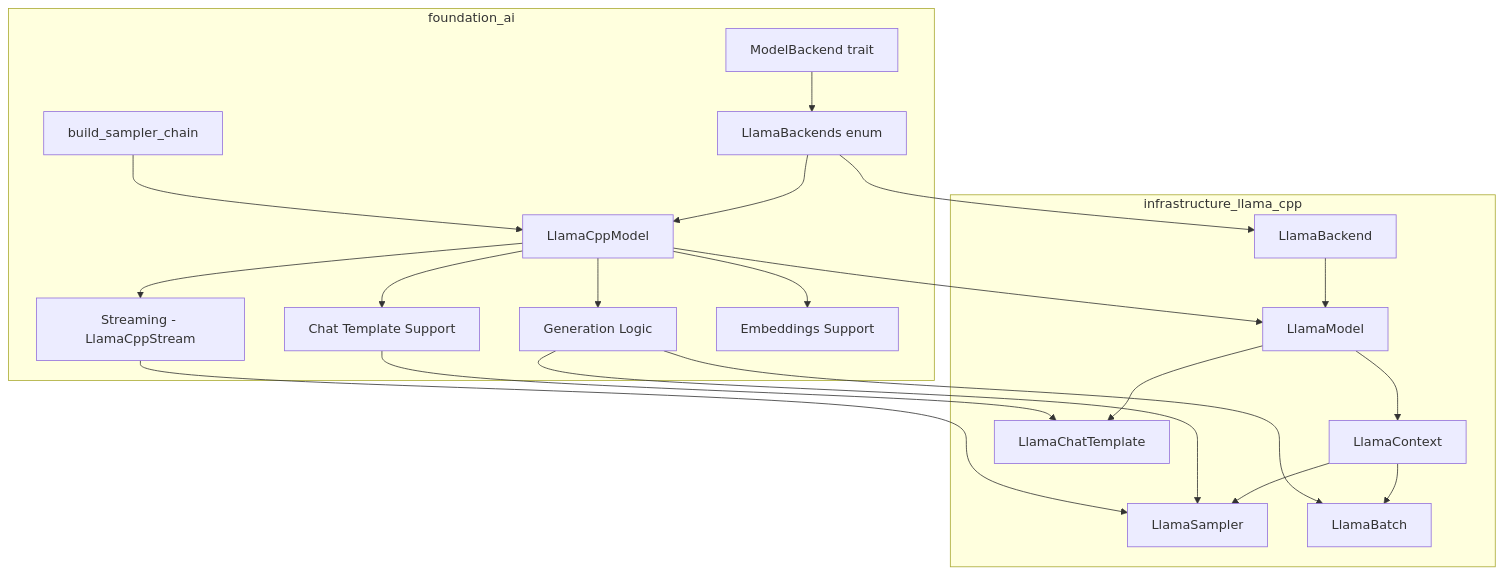
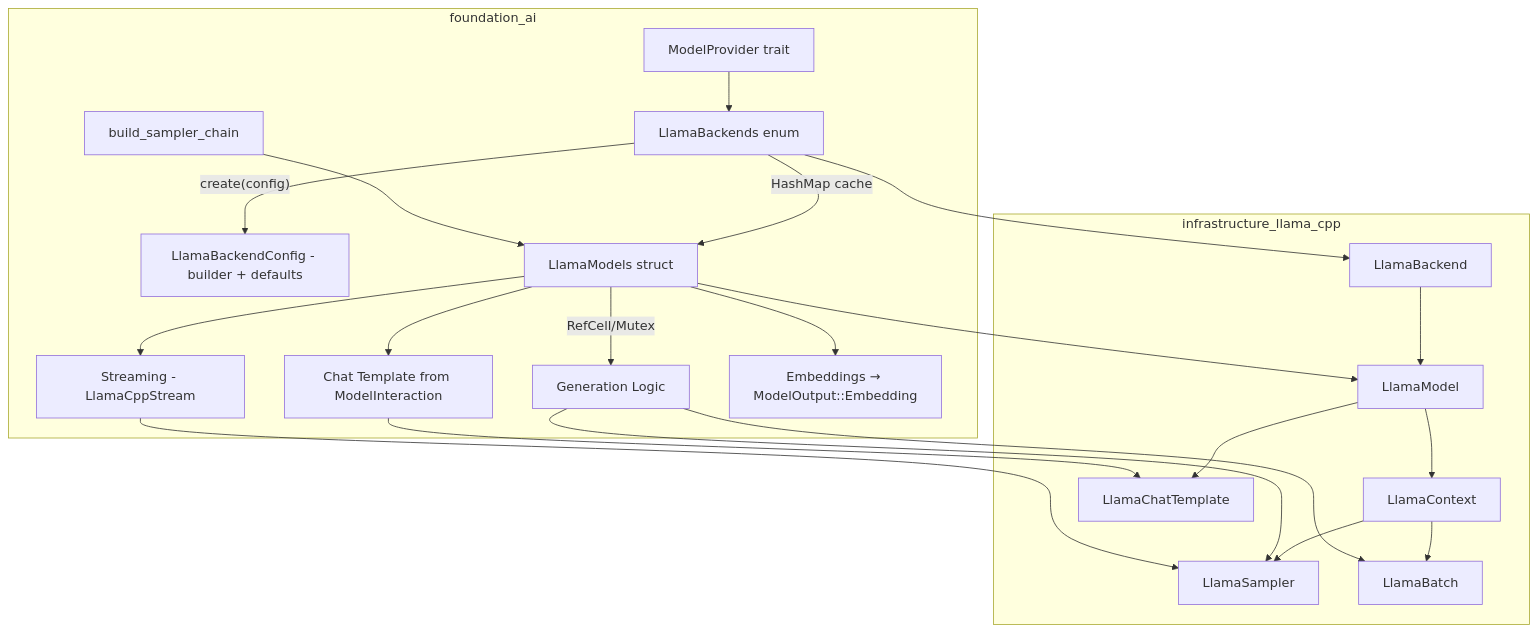
Before and after one commit to ewe-studios/ewe_platform: the first of 4 diagrams in specifications/07-foundation-ai/features/01-llamacpp-integration/feature.md, drawn with Mermaid. The commit also changed other lines of this file and 2 other files, not shown here.

````diff
--- a/specifications/07-foundation-ai/features/01-llamacpp-integration/feature.md
+++ b/specifications/07-foundation-ai/features/01-llamacpp-integration/feature.md
@@ -81,27 +92,28 @@
 ```mermaid
 graph TD
     subgraph foundation_ai
-        A[ModelBackend trait] --> B[LlamaBackends enum]
-        B --> C[LlamaCppModel]
-        C --> D[Generation Logic]
+        A[ModelProvider trait] --> B[LlamaBackends enum]
+        B --> |"create(config)"| B2[LlamaBackendConfig - builder + defaults]
+        B --> |"HashMap cache"| C[LlamaModels struct]
+        C --> |"RefCell/Mutex"| D[Generation Logic]
         C --> E[Streaming - LlamaCppStream]
-        C --> F[Chat Template Support]
-        C --> G[Embeddings Support]
+        C --> F[Chat Template from ModelInteraction]
+        C --> G[Embeddings → ModelOutput::Embedding]
         H[build_sampler_chain] --> C
     end
 
     subgraph infrastructure_llama_cpp
         I[LlamaBackend] --> J[LlamaModel]
         J --> K[LlamaContext]
         K --> L[LlamaSampler]
         K --> M[LlamaBatch]
         J --> N[LlamaChatTemplate]
     end
 
     B --> I
     C --> J
     D --> L
     D --> M
     E --> L
     F --> N
 ```
````
